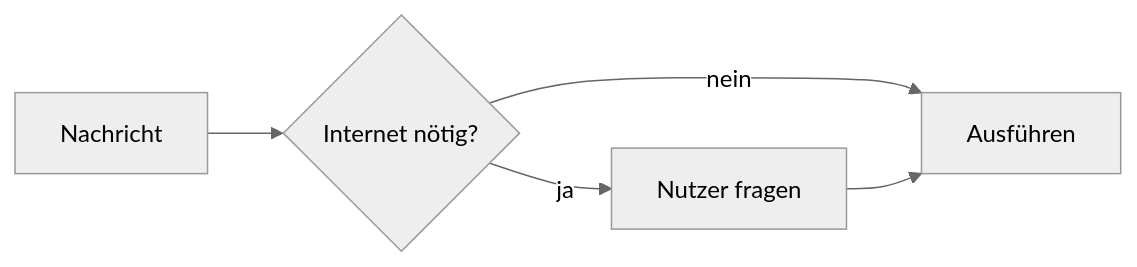
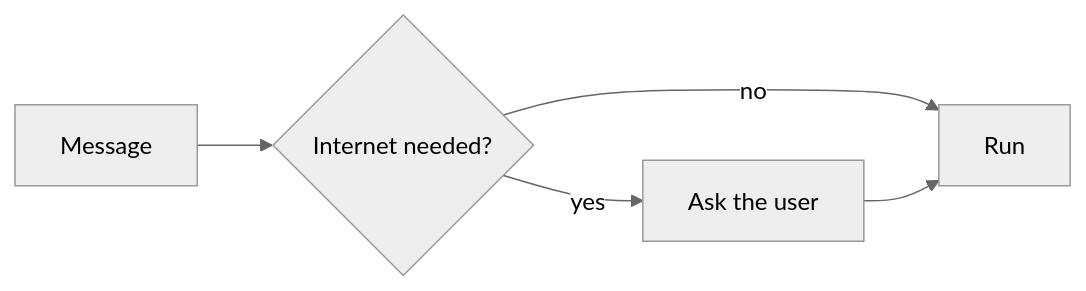
The first of 9 diagrams in images/agw-basis/skills/mermaid/SKILL.md (pschroee/agri-gaia-agent-gateway), drawn with Mermaid (neutral theme) before and after one commit. The commit also changed other lines of this file and 25 other files, not shown here.

````diff
--- a/images/agw-basis/skills/mermaid/SKILL.md
+++ b/images/agw-basis/skills/mermaid/SKILL.md
@@ -69,7 +69,7 @@
 ```mermaid
 flowchart LR
-  A["Nachricht"] --> B{"Internet nötig?"}
-  B -->|ja| C["Nutzer fragen"]
-  B -->|nein| D["Ausführen"]
+  A["Message"] --> B{"Internet needed?"}
+  B -->|yes| C["Ask the user"]
+  B -->|no| D["Run"]
   C --> D
 ```
````
